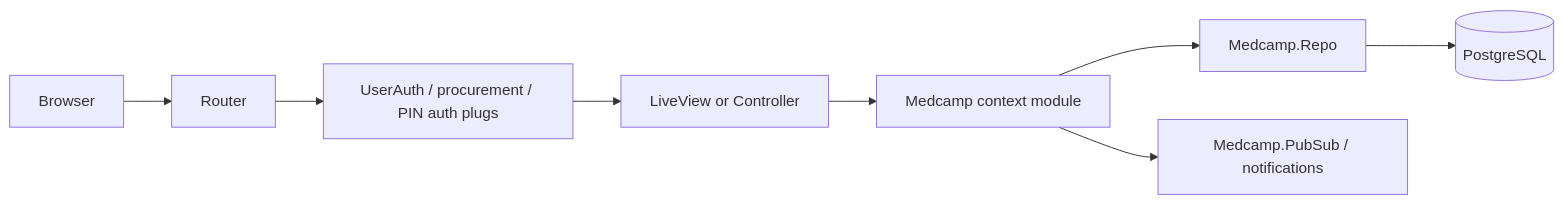
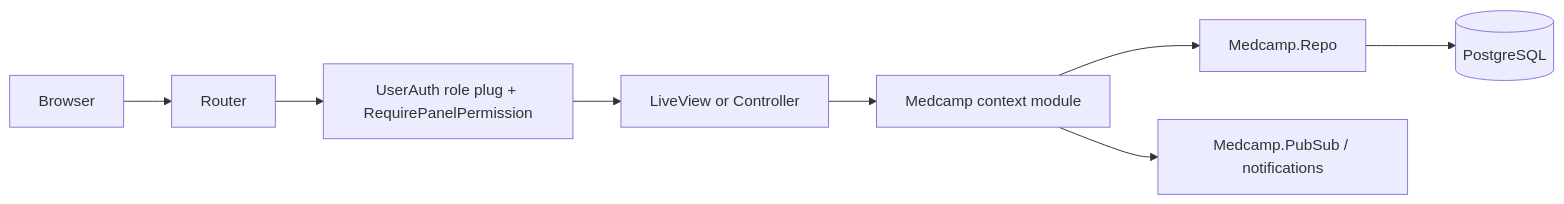
Before and after one commit to Vumbuzi-AI/medcamp: the diagram in docs/ARCHITECTURE.md, drawn with Mermaid. The commit also changed other lines of this file and 870 other files, not shown here.

````diff
--- a/docs/ARCHITECTURE.md
+++ b/docs/ARCHITECTURE.md
@@ -14,10 +14,10 @@
 ```mermaid
 flowchart LR
   Browser --> Router
-  Router --> PlugAuth[UserAuth / procurement / PIN auth plugs]
+  Router --> PlugAuth[UserAuth role plug + RequirePanelPermission]
   PlugAuth --> LiveView[LiveView or Controller]
   LiveView --> Context[Medcamp context module]
   Context --> Repo[Medcamp.Repo]
   Repo --> DB[(PostgreSQL)]
   Context --> PubSub[Medcamp.PubSub / notifications]
 ```
````
